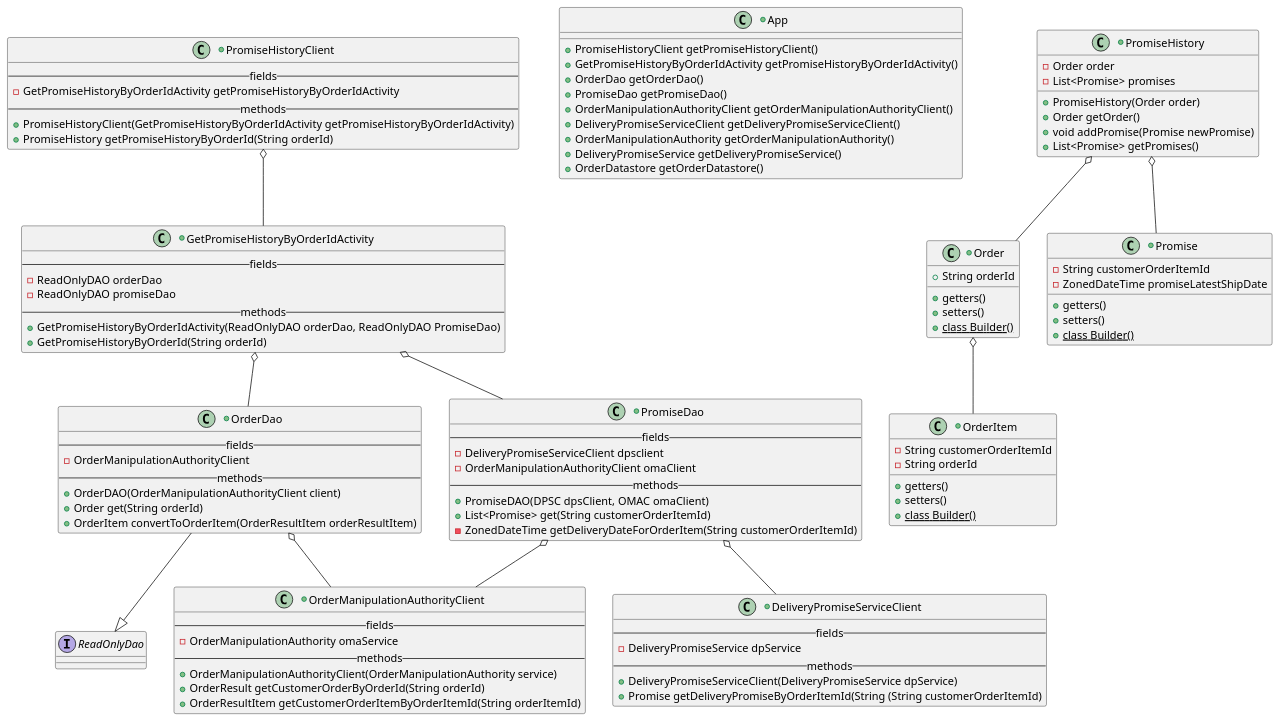
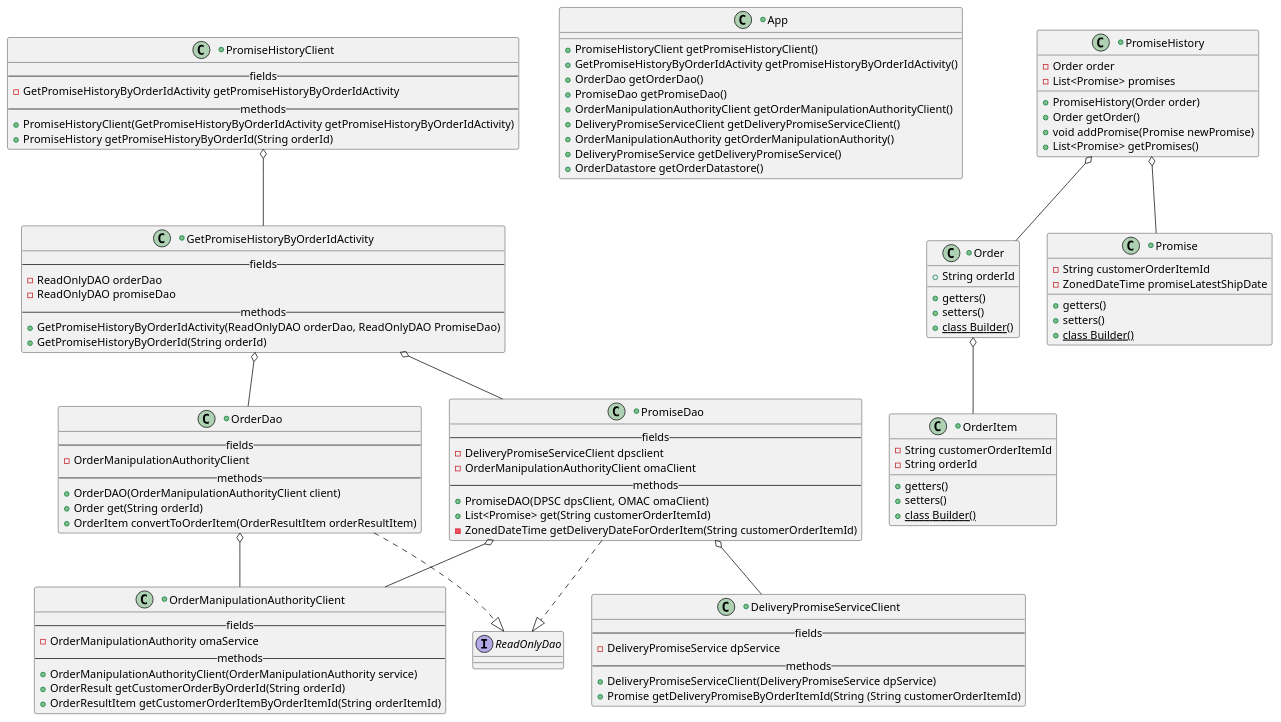
Before and after one commit to everythinginmoderation2/bd-intermediate-java-project: the diagram in src/resources/deliveringonourpromise_CD.puml, drawn with PlantUML.

Commit message:
puml corrections

```diff
--- a/src/resources/deliveringonourpromise_CD.puml
+++ b/src/resources/deliveringonourpromise_CD.puml
@@ -1,120 +1,121 @@
 @startuml
 'https://plantuml.com/class-diagram'
 
 interface ReadOnlyDao
 
 +class App {
     +PromiseHistoryClient getPromiseHistoryClient()
     +GetPromiseHistoryByOrderIdActivity getPromiseHistoryByOrderIdActivity()
     +OrderDao getOrderDao()
     +PromiseDao getPromiseDao()
     +OrderManipulationAuthorityClient getOrderManipulationAuthorityClient()
     +DeliveryPromiseServiceClient getDeliveryPromiseServiceClient()
     +OrderManipulationAuthority getOrderManipulationAuthority()
     +DeliveryPromiseService getDeliveryPromiseService()
     +OrderDatastore getOrderDatastore()
 }
 
 +class Order {
     +String orderId
     +getters()
     +setters()
     +{static} class Builder()
 }
 
 +class OrderItem {
     -String customerOrderItemId
     -String orderId
     +getters()
     +setters()
     +{static} class Builder()
 }
 
 +class Promise {
     -String customerOrderItemId
     -ZonedDateTime promiseLatestShipDate
     +getters()
     +setters()
     +{static} class Builder()
 }
 
 +class PromiseHistory {
     -Order order
     -List<Promise> promises
     +PromiseHistory(Order order)
     +Order getOrder()
     +void addPromise(Promise newPromise)
     +List<Promise> getPromises()
 }
 
 +class PromiseHistoryClient {
     --fields--
     -GetPromiseHistoryByOrderIdActivity getPromiseHistoryByOrderIdActivity
     --methods--
     +PromiseHistoryClient(GetPromiseHistoryByOrderIdActivity getPromiseHistoryByOrderIdActivity)
     +PromiseHistory getPromiseHistoryByOrderId(String orderId)
 }
 
 +class GetPromiseHistoryByOrderIdActivity {
     --fields--
     -ReadOnlyDAO orderDao
     -ReadOnlyDAO promiseDao
     --methods--
     +GetPromiseHistoryByOrderIdActivity(ReadOnlyDAO orderDao, ReadOnlyDAO PromiseDao)
     +GetPromiseHistoryByOrderId(String orderId)
 }
 
 +class OrderDao {
     --fields--
     -OrderManipulationAuthorityClient
     --methods--
     +OrderDAO(OrderManipulationAuthorityClient client)
     +Order get(String orderId)
     +OrderItem convertToOrderItem(OrderResultItem orderResultItem)
 }
 
 +class PromiseDao {
     --fields--
     -DeliveryPromiseServiceClient dpsclient
     -OrderManipulationAuthorityClient omaClient
     --methods--
     +PromiseDAO(DPSC dpsClient, OMAC omaClient)
     +List<Promise> get(String customerOrderItemId)
     -ZonedDateTime getDeliveryDateForOrderItem(String customerOrderItemId)
 }
 
 +class OrderManipulationAuthorityClient {
     --fields--
     -OrderManipulationAuthority omaService
     --methods--
     +OrderManipulationAuthorityClient(OrderManipulationAuthority service)
     +OrderResult getCustomerOrderByOrderId(String orderId)
     +OrderResultItem getCustomerOrderItemByOrderItemId(String orderItemId)
 }
 
 +class DeliveryPromiseServiceClient {
     --fields--
     -DeliveryPromiseService dpService
     --methods--
     +DeliveryPromiseServiceClient(DeliveryPromiseService dpService)
     +Promise getDeliveryPromiseByOrderItemId(String (String customerOrderItemId)
 }
 
 
 
 
 
 
 
 PromiseHistoryClient o-- GetPromiseHistoryByOrderIdActivity
 GetPromiseHistoryByOrderIdActivity o-- PromiseDao
 GetPromiseHistoryByOrderIdActivity o-- OrderDao
 PromiseDao o-- DeliveryPromiseServiceClient
 PromiseDao o-- OrderManipulationAuthorityClient
 OrderDao o-- OrderManipulationAuthorityClient
 PromiseHistory o-- Order
 PromiseHistory o-- Promise
 Order o-- OrderItem
-OrderDao --|> ReadOnlyDao
+OrderDao ..|> ReadOnlyDao
+PromiseDao ..|> ReadOnlyDao
 
 @enduml
```
